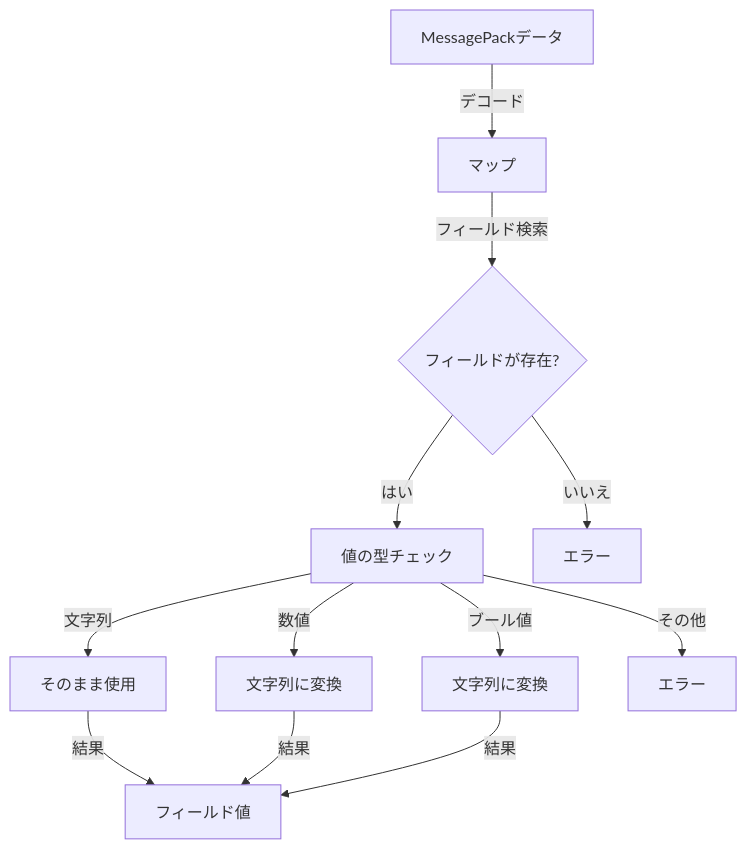
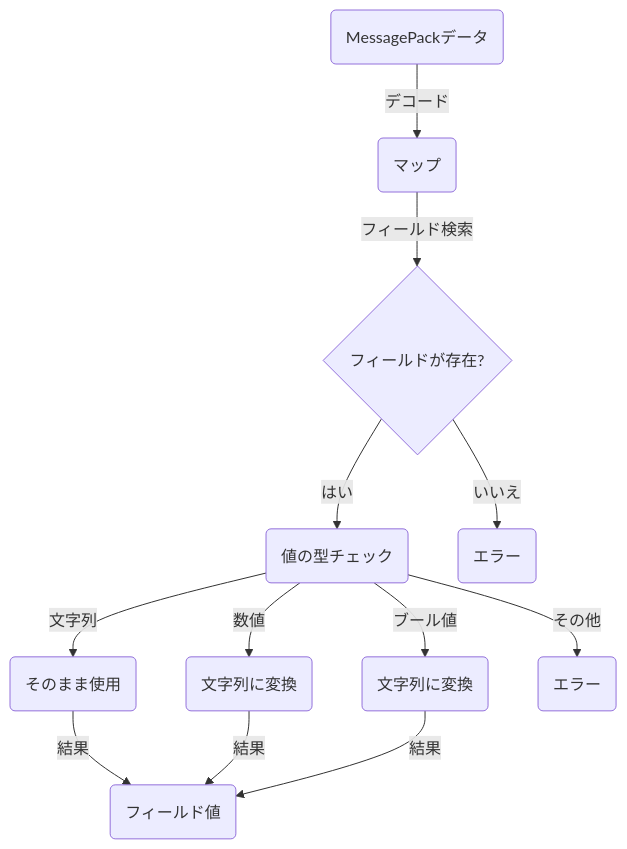
The fourth of 8 diagrams in textbooks/07_index_algorithm.md (ssig33/fuckbase), drawn with Mermaid before and after one commit. The commit also changed other lines of this file and 6 other files, not shown here.

Commit message:
Fix Mermaid diagrams in all textbooks by using parentheses for node text and curly braces for decision nodes

````diff
--- a/textbooks/07_index_algorithm.md
+++ b/textbooks/07_index_algorithm.md
@@ -80,14 +83,14 @@
 ```mermaid
 graph TD
-    A[MessagePackデータ] -->|デコード| B[マップ]
-    B -->|フィールド検索| C{フィールドが存在?}
-    C -->|はい| D[値の型チェック]
-    C -->|いいえ| E[エラー]
-    D -->|文字列| F[そのまま使用]
-    D -->|数値| G[文字列に変換]
-    D -->|ブール値| H[文字列に変換]
-    D -->|その他| I[エラー]
-    F -->|結果| J[フィールド値]
+    A("MessagePackデータ") -->|デコード| B("マップ")
+    B -->|フィールド検索| C{"フィールドが存在?"}
+    C -->|はい| D("値の型チェック")
+    C -->|いいえ| E("エラー")
+    D -->|文字列| F("そのまま使用")
+    D -->|数値| G("文字列に変換")
+    D -->|ブール値| H("文字列に変換")
+    D -->|その他| I("エラー")
+    F -->|結果| J("フィールド値")
     G -->|結果| J
     H -->|結果| J
 ```
````
